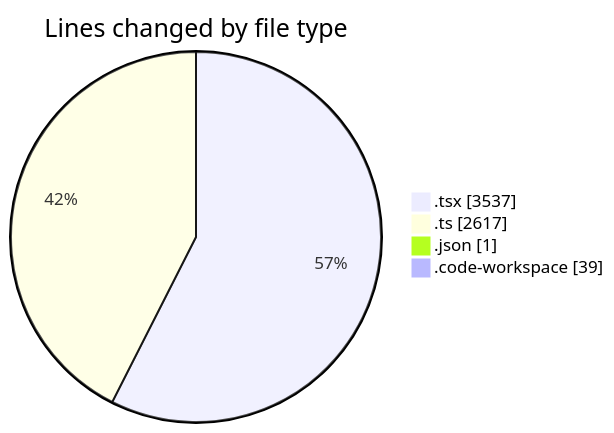
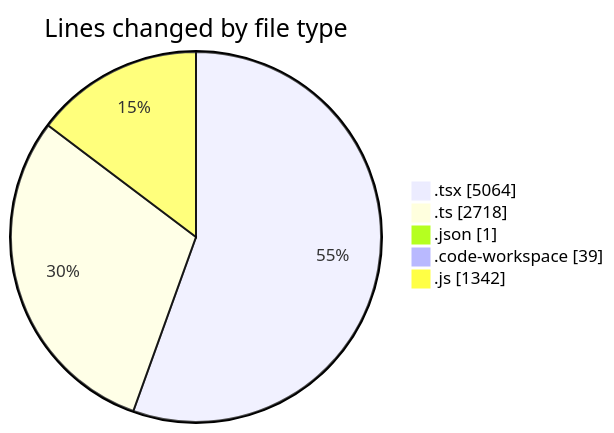
One commit to julien-gomy/code-tracking changed the first of 2 diagrams in 2025-10-08/eventscop-frontend-guide__workspace_/README.md. Above: the diagram before and after it, drawn with Mermaid. The commit also changed other lines of this file and 1 other file, not shown here.

````diff
--- a/2025-10-08/eventscop-frontend-guide__workspace_/README.md
+++ b/2025-10-08/eventscop-frontend-guide__workspace_/README.md
@@ -49,8 +59,9 @@
 ```mermaid
 pie showData
 title Lines changed by file type
-".tsx" : 3537
-".ts" : 2617
+".tsx" : 5064
+".ts" : 2718
 ".json" : 1
 ".code-workspace" : 39
+".js" : 1342
 ```
````
